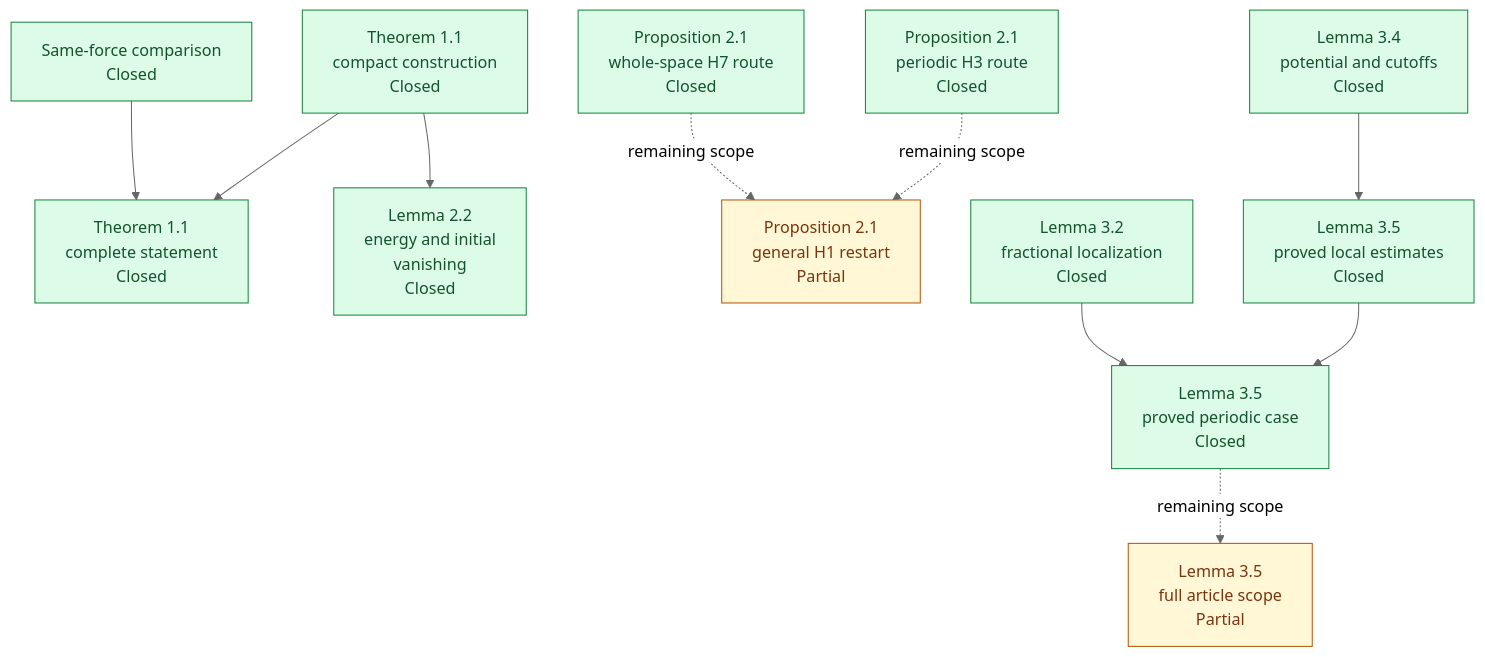
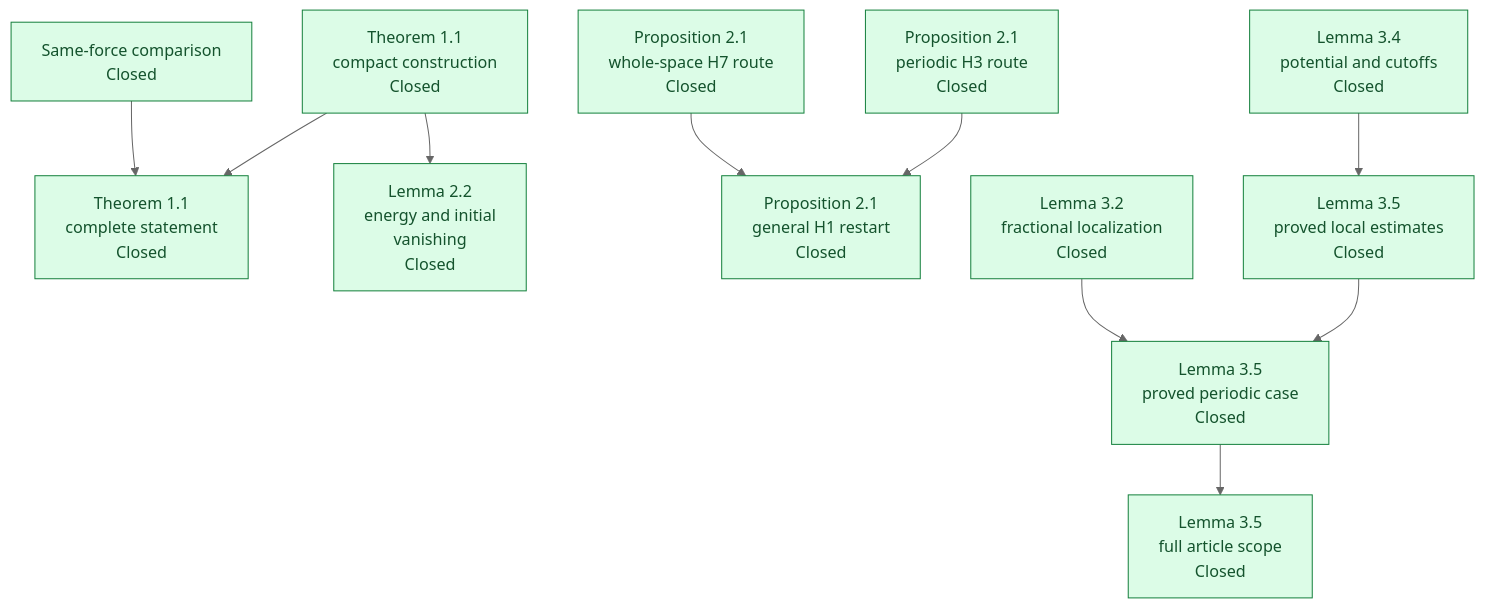
The first of 4 diagrams in formalization/blueprint/DEPENDENCY_GRAPH.md (mathzhuonichi/blowup_density), drawn with Mermaid (neutral theme) before and after one commit. The commit also changed other lines of this file and 57 other files, not shown here.

First line of the commit message:
Phase 5: close the six Partial article entries (36 contracts, proof graph 41/41 Closed)

````diff
--- a/formalization/blueprint/DEPENDENCY_GRAPH.md
+++ b/formalization/blueprint/DEPENDENCY_GRAPH.md
@@ -13,29 +13,28 @@
 ```mermaid
 flowchart TD
   B11["Theorem 1.1<br/>compact construction<br/>Closed"]
   CMP["Same-force comparison<br/>Closed"]
   B11_FULL["Theorem 1.1<br/>complete statement<br/>Closed"]
   E22["Lemma 2.2<br/>energy and initial<br/>vanishing<br/>Closed"]
   L21T["Proposition 2.1<br/>periodic H3 route<br/>Closed"]
   L21R["Proposition 2.1<br/>whole-space H7 route<br/>Closed"]
-  L21_H1["Proposition 2.1<br/>general H1 restart<br/>Partial"]
+  L21_H1["Proposition 2.1<br/>general H1 restart<br/>Closed"]
   V34["Lemma 3.4<br/>potential and cutoffs<br/>Closed"]
   C35_LOCAL["Lemma 3.5<br/>proved local estimates<br/>Closed"]
   L32["Lemma 3.2<br/>fractional localization<br/>Closed"]
   C35_T["Lemma 3.5<br/>proved periodic case<br/>Closed"]
-  C35_FULL["Lemma 3.5<br/>full article scope<br/>Partial"]
+  C35_FULL["Lemma 3.5<br/>full article scope<br/>Closed"]
   B11 --> B11_FULL
   CMP --> B11_FULL
   B11 --> E22
-  L21T -. remaining scope .-> L21_H1
-  L21R -. remaining scope .-> L21_H1
+  L21T --> L21_H1
+  L21R --> L21_H1
   V34 --> C35_LOCAL
   C35_LOCAL --> C35_T
   L32 --> C35_T
-  C35_T -. remaining scope .-> C35_FULL
+  C35_T --> C35_FULL
   classDef closed fill:#dcfce7,stroke:#15803d,color:#14532d;
   classDef partial fill:#fff7d6,stroke:#b45309,color:#78350f;
   classDef mainResult stroke-width:4px;
-  class B11,CMP,B11_FULL,E22,L21T,L21R,V34,C35_LOCAL,L32,C35_T closed;
-  class L21_H1,C35_FULL partial;
+  class B11,CMP,B11_FULL,E22,L21T,L21R,L21_H1,V34,C35_LOCAL,L32,C35_T,C35_FULL closed;
 ```
````
